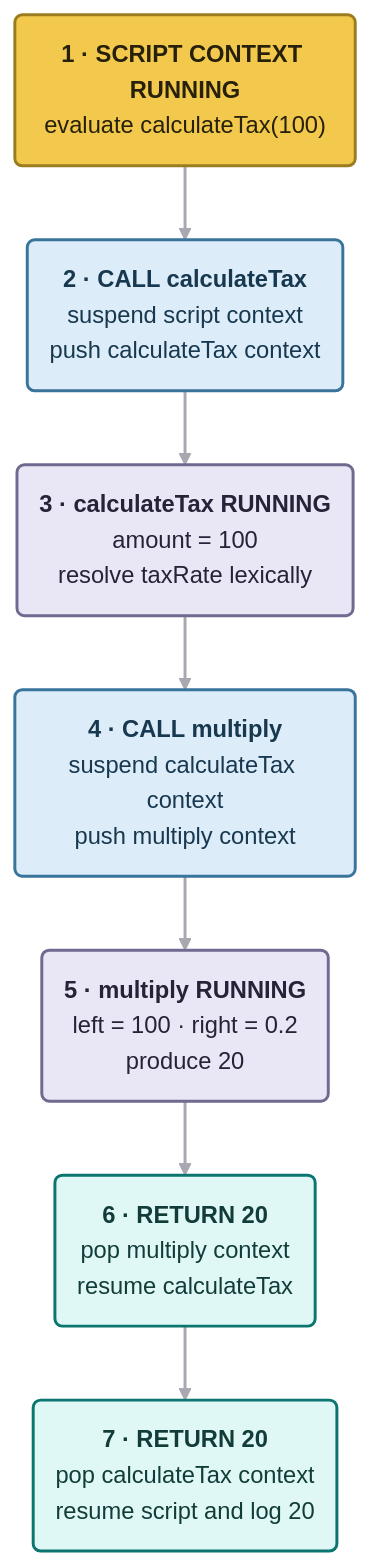
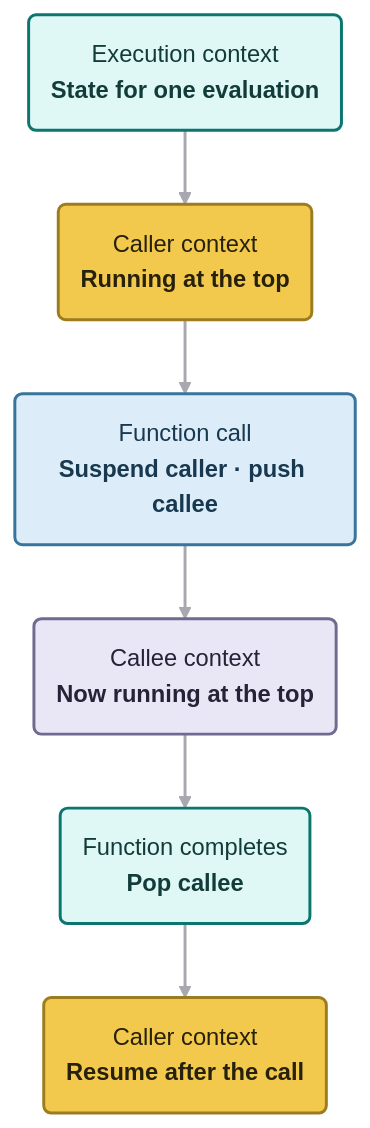
Before and after one commit to Dmitrii-Lobanov/javascript-handbook: the diagram in book/part-01-runtime-foundations/02-execution-contexts.md, drawn with Mermaid. The commit also changed other lines of this file and 4 other files, not shown here.

Commit message:
01_01-03: fix diagrams

````diff
--- a/book/part-01-runtime-foundations/02-execution-contexts.md
+++ b/book/part-01-runtime-foundations/02-execution-contexts.md
@@ -121,29 +105,30 @@
 ```mermaid
 flowchart TB
-    SCRIPT("<b>1 · SCRIPT CONTEXT RUNNING</b><br/>evaluate calculateTax(100)")
-    CALL_TAX("<b>2 · CALL calculateTax</b><br/>suspend script context<br/>push calculateTax context")
-    TAX("<b>3 · calculateTax RUNNING</b><br/>amount = 100<br/>resolve taxRate lexically")
-    CALL_MULTIPLY("<b>4 · CALL multiply</b><br/>suspend calculateTax context<br/>push multiply context")
-    MULTIPLY("<b>5 · multiply RUNNING</b><br/>left = 100 · right = 0.2<br/>produce 20")
-    RESUME_TAX("<b>6 · RETURN 20</b><br/>pop multiply context<br/>resume calculateTax")
-    RESUME_SCRIPT("<b>7 · RETURN 20</b><br/>pop calculateTax context<br/>resume script and log 20")
+    CONTEXT("Execution context<br/><b>State for one evaluation</b>")
+    CALLER("Caller context<br/><b>Running at the top</b>")
+    CALL("Function call<br/><b>Suspend caller · push callee</b>")
+    CALLEE("Callee context<br/><b>Now running at the top</b>")
+    RETURN("Function completes<br/><b>Pop callee</b>")
+    RESUME("Caller context<br/><b>Resume after the call</b>")
 
-    SCRIPT --> CALL_TAX
-    CALL_TAX --> TAX
-    TAX --> CALL_MULTIPLY
-    CALL_MULTIPLY --> MULTIPLY
-    MULTIPLY --> RESUME_TAX
-    RESUME_TAX --> RESUME_SCRIPT
+    CONTEXT --> CALLER
+    CALLER --> CALL
+    CALL --> CALLEE
+    CALLEE --> RETURN
+    RETURN --> RESUME
 
-    classDef script fill:#f2c94c,color:#27200a,stroke:#9b7d1f,stroke-width:2px
+    classDef model fill:#dff8f5,color:#123c39,stroke:#0b756f,stroke-width:2px
+    classDef caller fill:#f2c94c,color:#27200a,stroke:#9b7d1f,stroke-width:2px
     classDef transition fill:#dcecf9,color:#17384f,stroke:#39749b,stroke-width:2px
     classDef running fill:#e9e7f5,color:#262238,stroke:#706a91,stroke-width:2px
     classDef completion fill:#dff8f5,color:#123c39,stroke:#0b756f,stroke-width:2px
 
     linkStyle default stroke:#a9a8b0,stroke-width:2px
 
-    class SCRIPT script
-    class CALL_TAX,CALL_MULTIPLY transition
-    class TAX,MULTIPLY running
-    class RESUME_TAX,RESUME_SCRIPT completion
+    class CONTEXT model
+    class CALLER caller
+    class CALL transition
+    class CALLEE running
+    class RETURN completion
+    class RESUME caller
 ```
````
